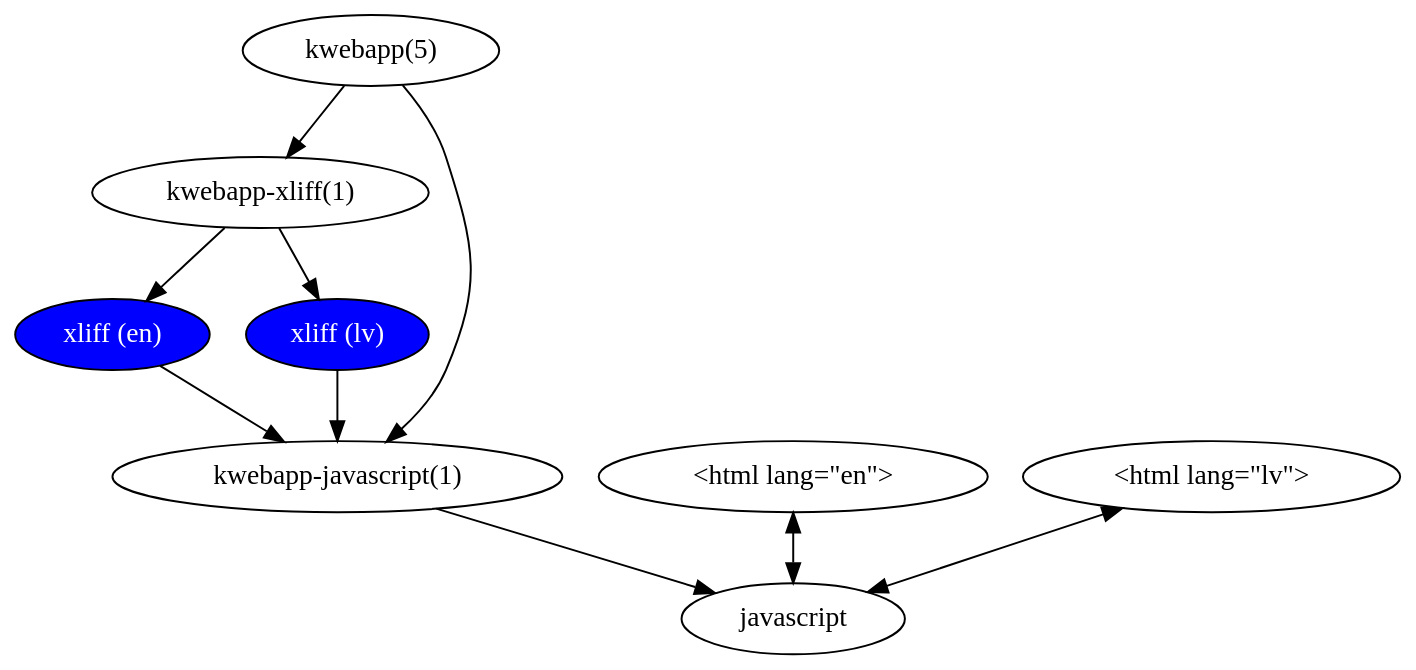
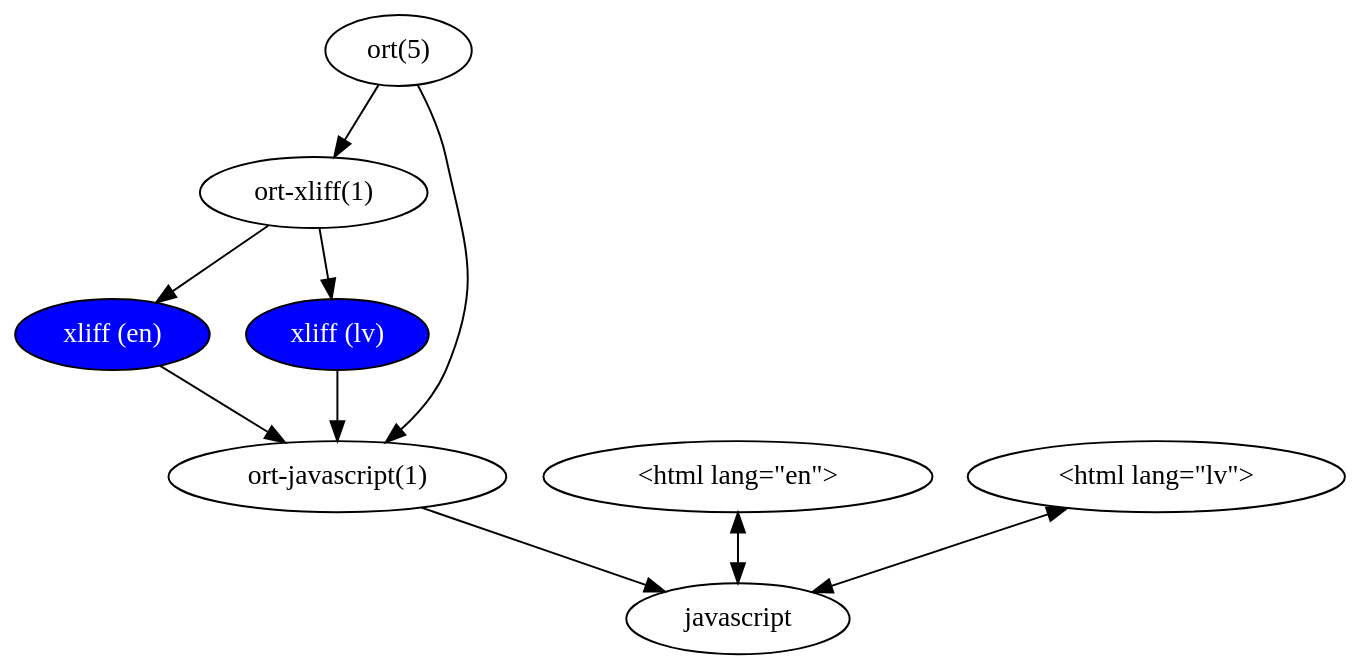
The diagram in translate-fig1.dot (kristapsdz/bchs), drawn with Graphviz before and after one commit. The commit also changed 9 other files, not shown here.

Commit message:
kwebapp -> ort.

```diff
--- a/translate-fig1.dot
+++ b/translate-fig1.dot
@@ -1,25 +1,25 @@
 digraph {
 	bgcolor="transparent";
 
-	config [label="kwebapp(5)"];
-	kxliff [label="kwebapp-xliff(1)"];
+	config [label="ort(5)"];
+	kxliff [label="ort-xliff(1)"];
 	xliffen [label="xliff (en)", style="filled", fillcolor="blue", fontcolor="white"];
 	xlifflv [label="xliff (lv)", style="filled", fillcolor="blue", fontcolor="white"];
-	config2 [label="kwebapp-javascript(1)"];
+	config2 [label="ort-javascript(1)"];
 	js [label="javascript"];
 	htmlen [label="<html lang=\"en\">"]
 	htmlfr [label="<html lang=\"lv\">"]
 
 	config -> kxliff;
 	kxliff -> xliffen;
 	kxliff -> xlifflv;
 
 	xliffen -> config2;
 	xlifflv -> config2;
 
 	config2 -> js;
 
 	config -> config2;
 	htmlen -> js[dir="both"];
 	htmlfr -> js[dir="both"];
 }
```
